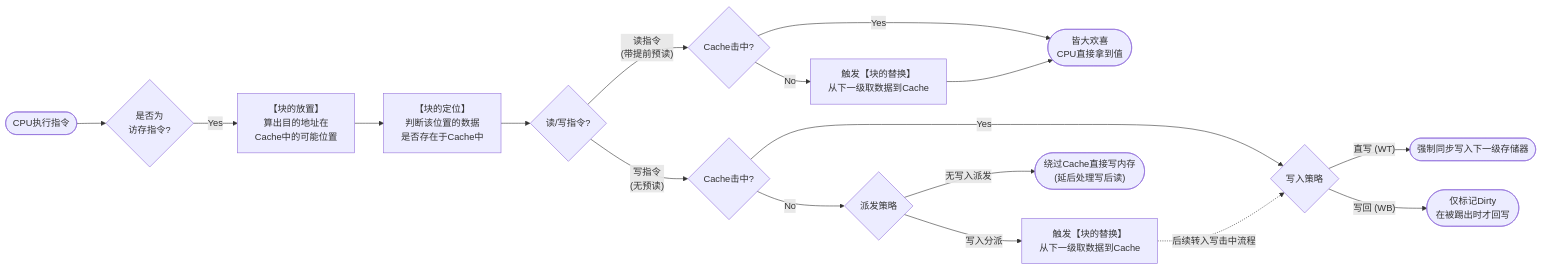
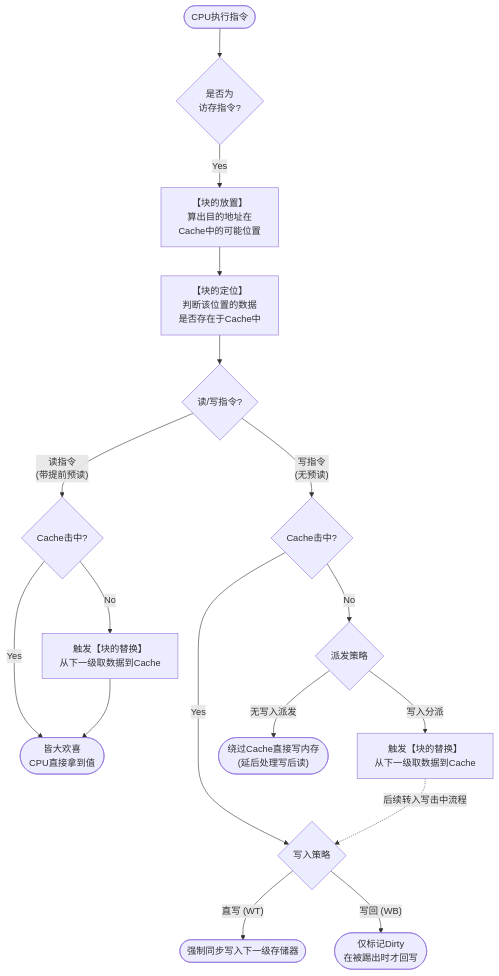
One commit to at445/notes changed the diagram in 计算机体系结构.md. Above: the diagram before and after it, drawn with Mermaid. The commit also changed other lines of this file, not shown here.

````diff
--- a/计算机体系结构.md
+++ b/计算机体系结构.md
@@ -63,35 +67,35 @@
    ```mermaid
 %%{init: {"flowchart": {"useMaxWidth": false}} }%%
-   graph LR
+   graph
        Start([CPU执行指令]) --> IsMem{是否为<br/>访存指令?}
        
        IsMem -->|"Yes"| Placement["【块的放置】<br/>算出目的地址在<br/>Cache中的可能位置"]
        Placement --> Location["【块的定位】<br/>判断该位置的数据<br/>是否存在于Cache中"]
        
        Location --> IsRead{读/写指令?}
        
        %% ================= 读指令分支 =================
        IsRead -->|"读指令<br/>(带提前预读)"| ReadHit{Cache击中?}
        
        ReadHit -->|"Yes"| GetVal(["皆大欢喜<br/>CPU直接拿到值"])
        ReadHit -->|"No"| ReadReplace["触发【块的替换】<br/>从下一级取数据到Cache"]
        ReadReplace --> GetVal
        
        %% ================= 写指令分支 =================
        IsRead -->|"写指令<br/>(无预读)"| WriteHit{Cache击中?}
        
        %% 写命中
        WriteHit -->|"Yes"| WriteHitPolicy{"写入策略"}
        WriteHitPolicy -->|"直写 (WT)"| WT(["强制同步写入下一级存储器"])
        WriteHitPolicy -->|"写回 (WB)"| WB(["仅标记Dirty<br/>在被踢出时才回写"])
        
        %% 写缺失
        WriteHit -->|"No"| WriteMissPolicy{"派发策略"}
        
        WriteMissPolicy -->|"无写入派发"| NWA(["绕过Cache直接写内存<br/>(延后处理写后读)"])
        WriteMissPolicy -->|"写入分派"| WA["触发【块的替换】<br/>从下一级取数据到Cache"]
        
        %% 写入分派后回归写命中流程
        WA -. "后续转入写击中流程" .-> WriteHitPolicy
    
    ```
````
